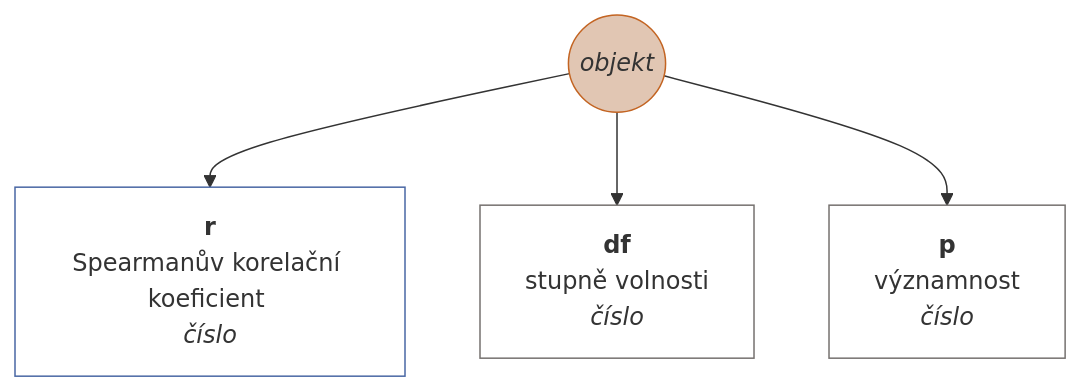
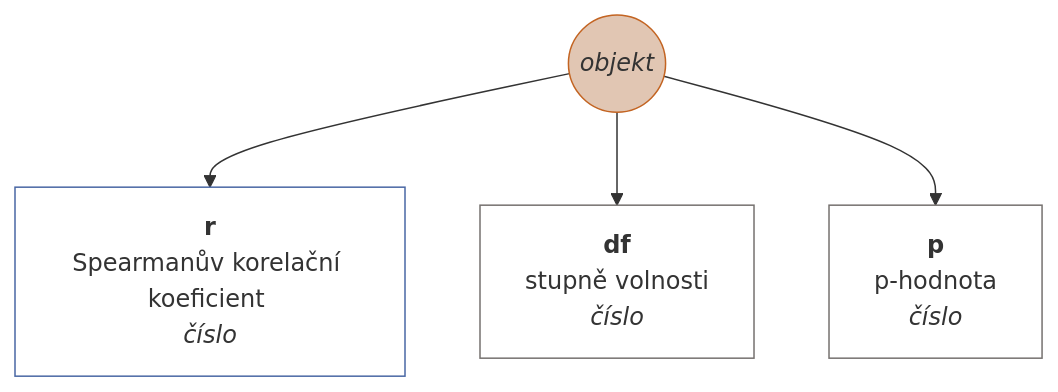
One commit to muzikp/retusa changed diagram 27 of 38 in docs/cs-CZ.md. Above: the diagram before and after it, drawn with Mermaid. The commit also changed other lines of this file and 8 other files, not shown here.

````diff
--- a/docs/cs-CZ.md
+++ b/docs/cs-CZ.md
@@ -965,16 +965,16 @@
 ```mermaid
 graph TD
 correlSpearman((<i>objekt</i>))
 style correlSpearman fill:#E1C6B3;
 style correlSpearman stroke:#C36422;
 correlSpearman --> r[<b>r</b><br>Spearmanův korelační koeficient <br><i>číslo</i>]
 style r fill:#FFFFFF;
 style r stroke:#4967A4;
 correlSpearman --> df[<b>df</b><br>stupně volnosti <br><i>číslo</i>]
 style df fill:#FFFFFF;
 style df stroke:#75716F;
-correlSpearman --> p[<b>p</b><br>významnost <br><i>číslo</i>]
+correlSpearman --> p[<b>p</b><br>p-hodnota <br><i>číslo</i>]
 style p fill:#FFFFFF;
 style p stroke:#75716F;
 
 ```
````
